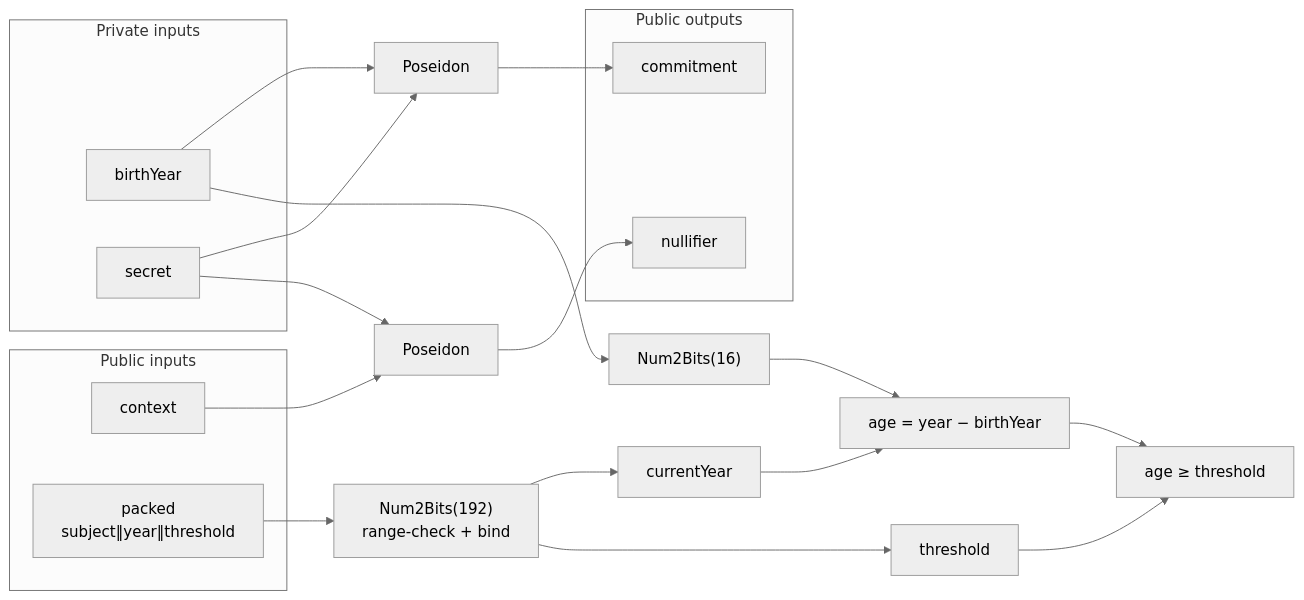
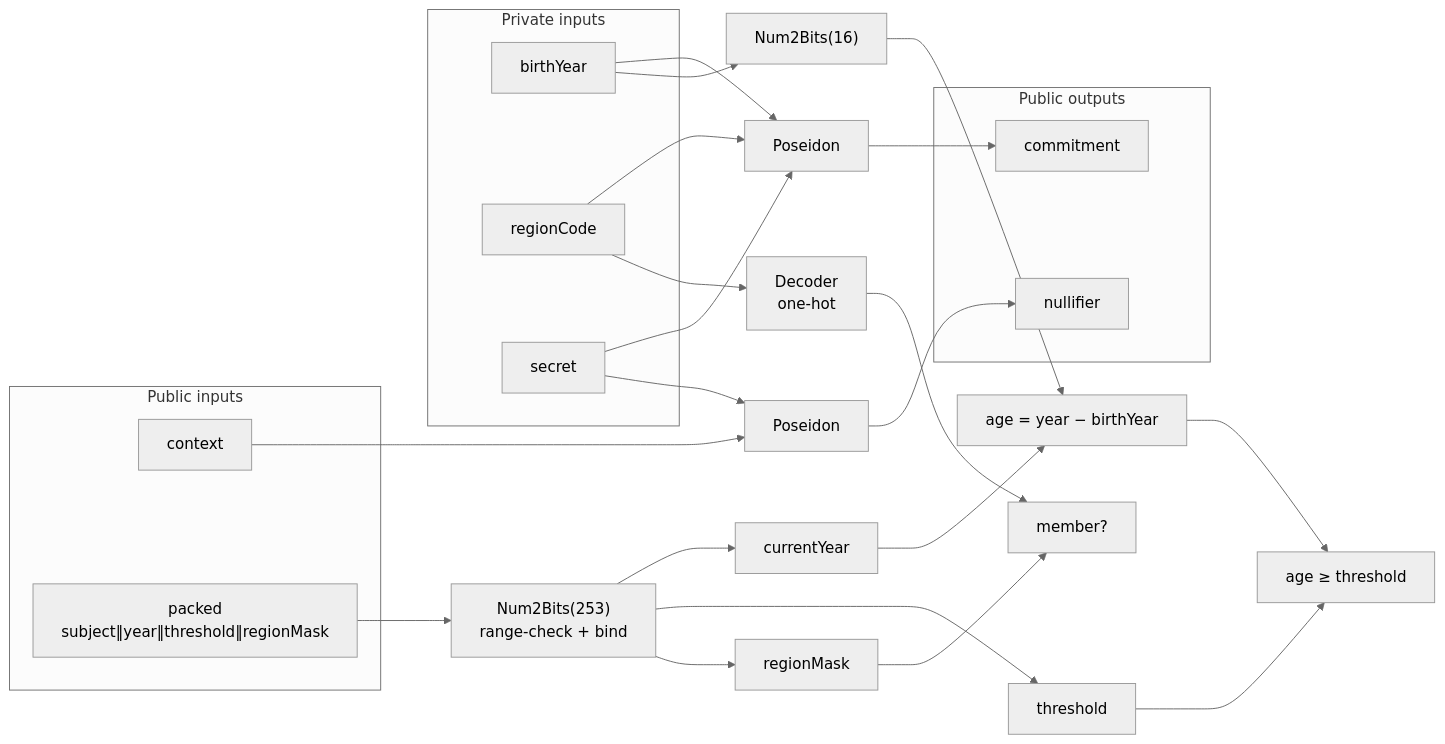
Before and after one commit to qqAli47/Veritas-zk: the third of 4 diagrams in docs/architecture.md, drawn with Mermaid (neutral theme). The commit also changed other lines of this file and 41 other files, not shown here.

````diff
--- a/docs/architecture.md
+++ b/docs/architecture.md
@@ -88,30 +88,36 @@
 ```mermaid
 graph LR
     subgraph priv["Private inputs"]
         BY[birthYear]
+        RC[regionCode]
         S[secret]
     end
     subgraph pub["Public inputs"]
         CTX[context]
-        PK["packed<br/>subject‖year‖threshold"]
+        PK["packed<br/>subject‖year‖threshold‖regionMask"]
     end
     subgraph out["Public outputs"]
         CM[commitment]
         NF[nullifier]
     end
 
     BY --> P1[Poseidon]
+    RC --> P1
     S --> P1 --> CM
     S --> P2[Poseidon]
     CTX --> P2 --> NF
 
-    PK --> N192["Num2Bits(192)<br/>range-check + bind"]
+    PK --> N192["Num2Bits(253)<br/>range-check + bind"]
     N192 --> YR[currentYear]
     N192 --> TH[threshold]
+    N192 --> MASK[regionMask]
+    RC --> DEC["Decoder<br/>one-hot"]
+    MASK --> MEM["member?"]
+    DEC --> MEM
 
     BY --> N16["Num2Bits(16)"]
     N16 --> AGE
     YR --> AGE["age = year − birthYear"]
     AGE --> GTE["age ≥ threshold"]
     TH --> GTE
 ```
````
